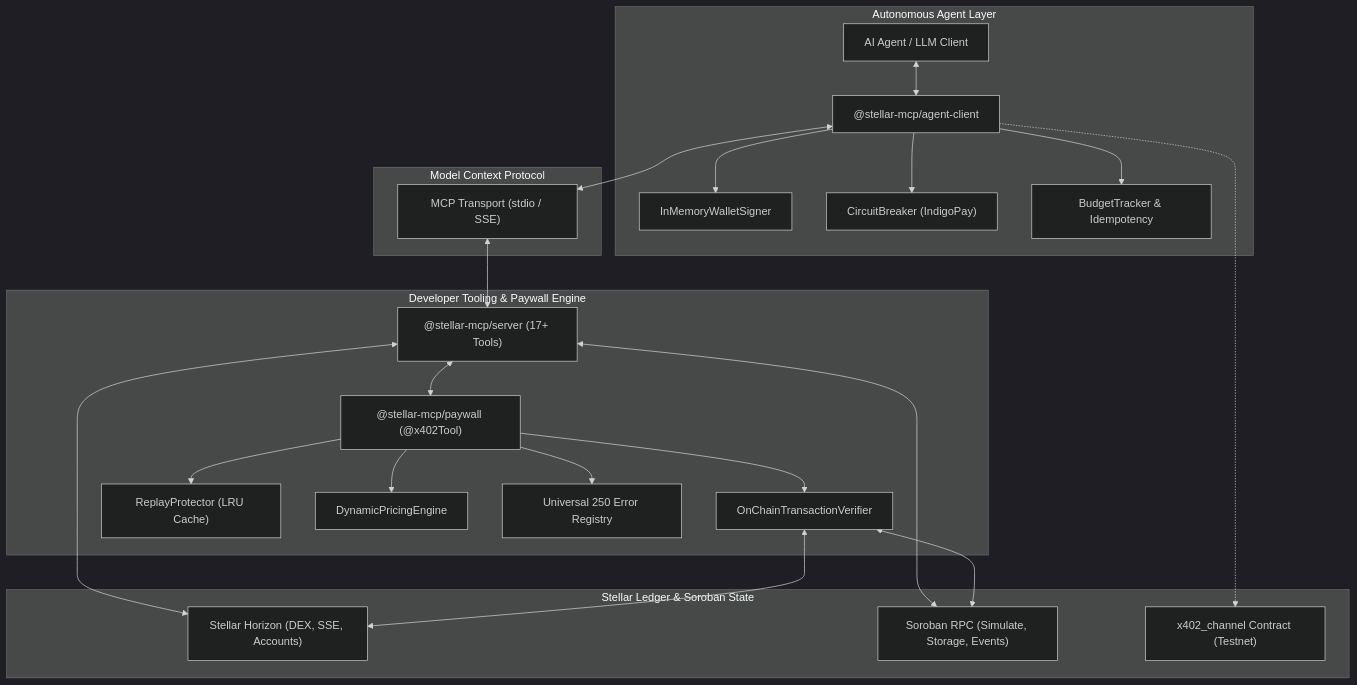
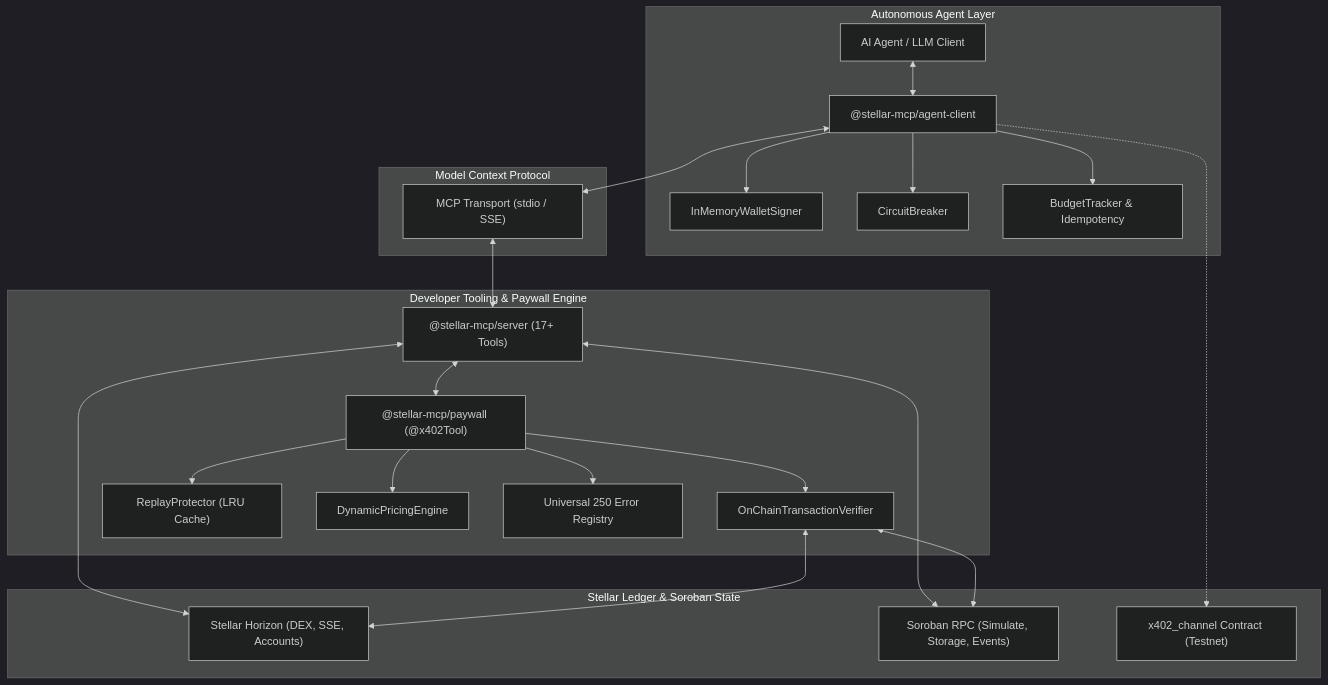
One commit to stellar-x402-mcp/monorepo changed the diagram in README.md. Above: the diagram before and after it, drawn with Mermaid (dark theme). The commit also changed other lines of this file and 8 other files, not shown here.

````diff
--- a/README.md
+++ b/README.md
@@ -35,46 +35,46 @@
 ```mermaid
 flowchart TD
     subgraph AgentLayer["Autonomous Agent Layer"]
         Agent["AI Agent / LLM Client"]
         Client["@stellar-mcp/agent-client"]
         Signer["InMemoryWalletSigner"]
-        Breaker["CircuitBreaker (IndigoPay)"]
+        Breaker["CircuitBreaker"]
         Tracker["BudgetTracker & Idempotency"]
     end
 
     subgraph TransportLayer["Model Context Protocol"]
         Transport["MCP Transport (stdio / SSE)"]
     end
 
     subgraph ServerLayer["Developer Tooling & Paywall Engine"]
         Server["@stellar-mcp/server (17+ Tools)"]
         Paywall["@stellar-mcp/paywall (@x402Tool)"]
         Verifier["OnChainTransactionVerifier"]
         Replay["ReplayProtector (LRU Cache)"]
         Pricing["DynamicPricingEngine"]
         ErrorReg["Universal 250 Error Registry"]
     end
 
     subgraph SettlementLayer["Stellar Ledger & Soroban State"]
         Horizon["Stellar Horizon (DEX, SSE, Accounts)"]
         Soroban["Soroban RPC (Simulate, Storage, Events)"]
         Channel["x402_channel Contract (Testnet)"]
     end
 
     Agent <--> Client
     Client --> Signer
     Client --> Breaker
     Client --> Tracker
     Client <--> Transport
     Transport <--> Server
     Server <--> Paywall
     Paywall --> Verifier
     Paywall --> Replay
     Paywall --> Pricing
     Paywall --> ErrorReg
     Server <--> Horizon
     Server <--> Soroban
     Verifier <--> Horizon
     Verifier <--> Soroban
     Client -.-> Channel
 ```
````
